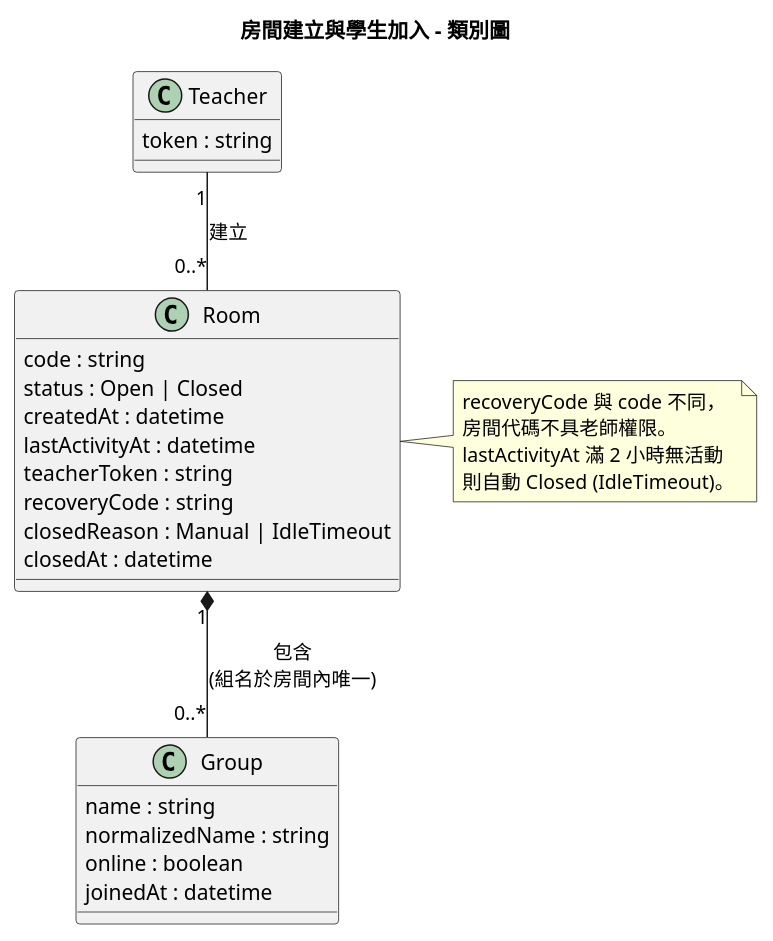
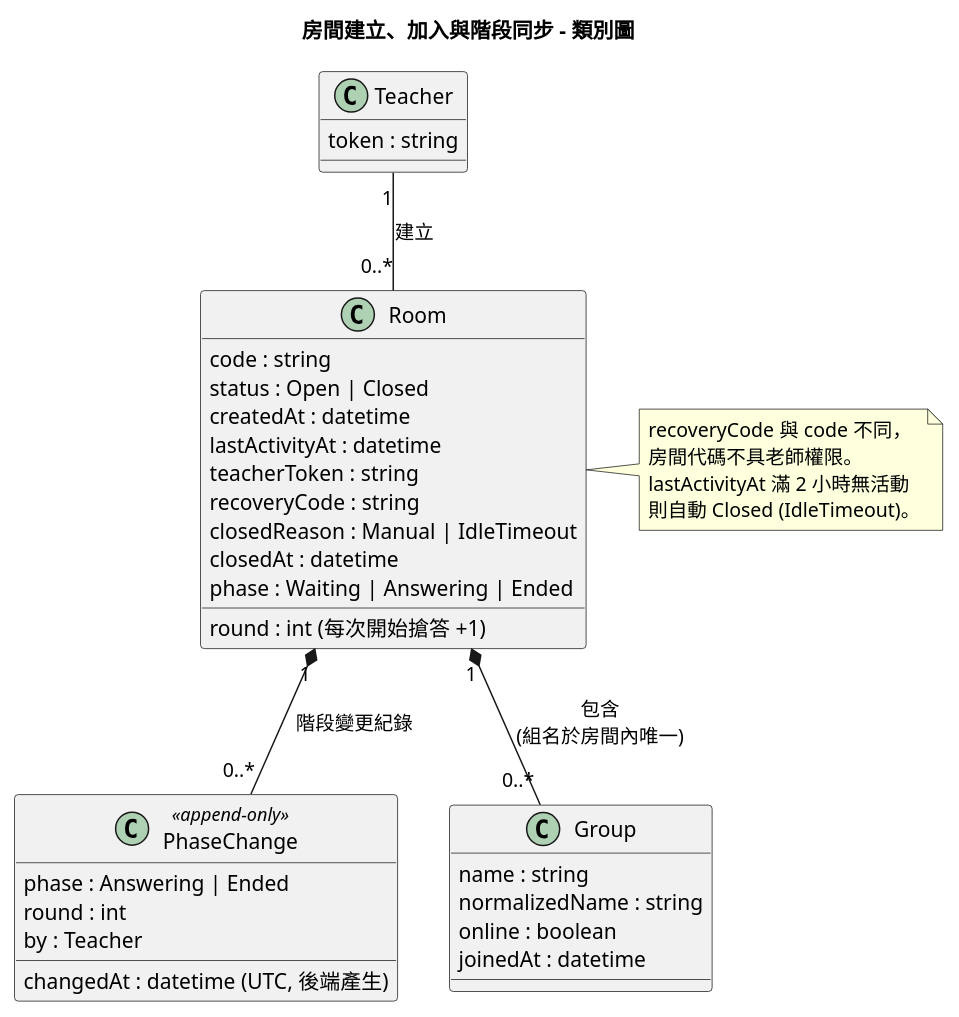
Before and after one commit to lin900822/ncu-se-final: the diagram in diagrams/class.puml, drawn with PlantUML. The commit also changed 29 other files, not shown here.

```diff
--- a/diagrams/class.puml
+++ b/diagrams/class.puml
@@ -1,30 +1,39 @@
 @startuml class
-title 房間建立與學生加入 - 類別圖
+title 房間建立、加入與階段同步 - 類別圖
 class Room {
   code : string
   status : Open | Closed
   createdAt : datetime
   lastActivityAt : datetime
   teacherToken : string
   recoveryCode : string
   closedReason : Manual | IdleTimeout
   closedAt : datetime
+  phase : Waiting | Answering | Ended
+  round : int (每次開始搶答 +1)
+}
+class PhaseChange <<append-only>> {
+  phase : Answering | Ended
+  round : int
+  by : Teacher
+  changedAt : datetime (UTC, 後端產生)
 }
 class Group {
   name : string
   normalizedName : string
   online : boolean
   joinedAt : datetime
 }
 class Teacher {
   token : string
 }
 note right of Room
   recoveryCode 與 code 不同，
   房間代碼不具老師權限。
   lastActivityAt 滿 2 小時無活動
   則自動 Closed (IdleTimeout)。
 end note
 Teacher "1" -- "0..*" Room : 建立
+Room "1" *-- "0..*" PhaseChange : 階段變更紀錄
 Room "1" *-- "0..*" Group : 包含\n(組名於房間內唯一)
 @enduml
```
